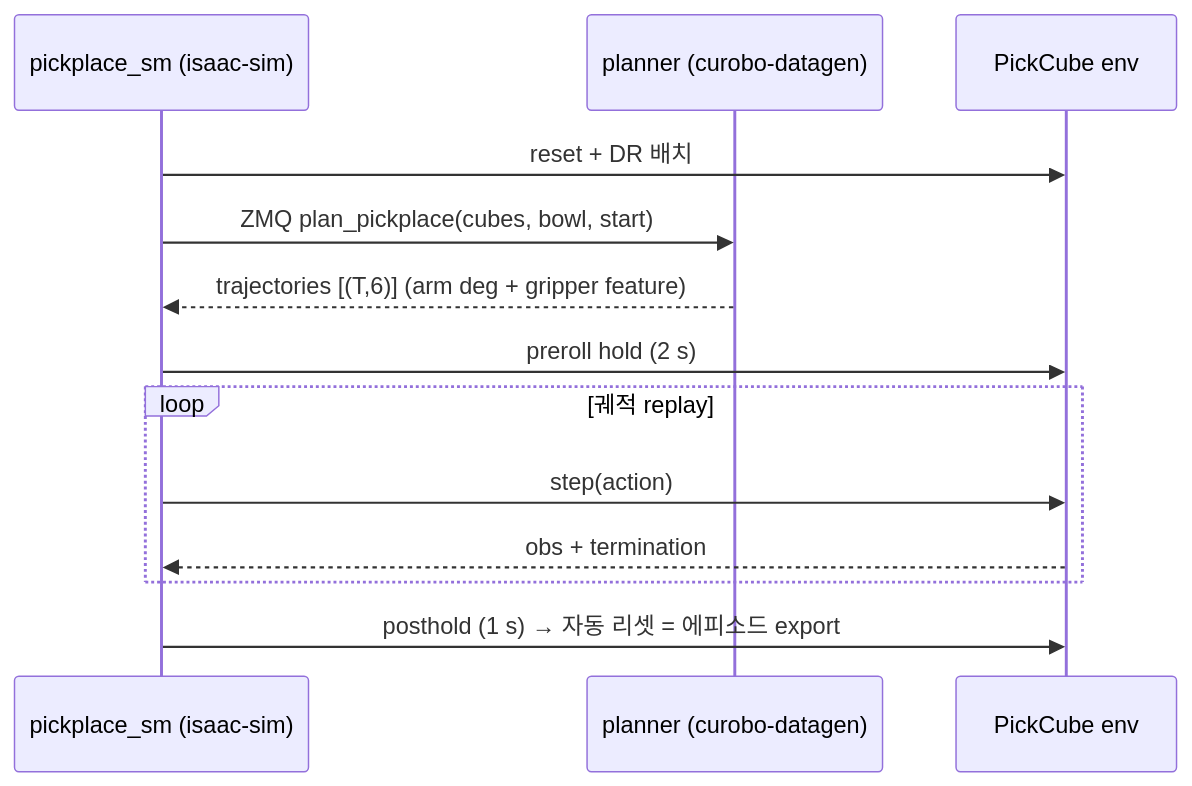
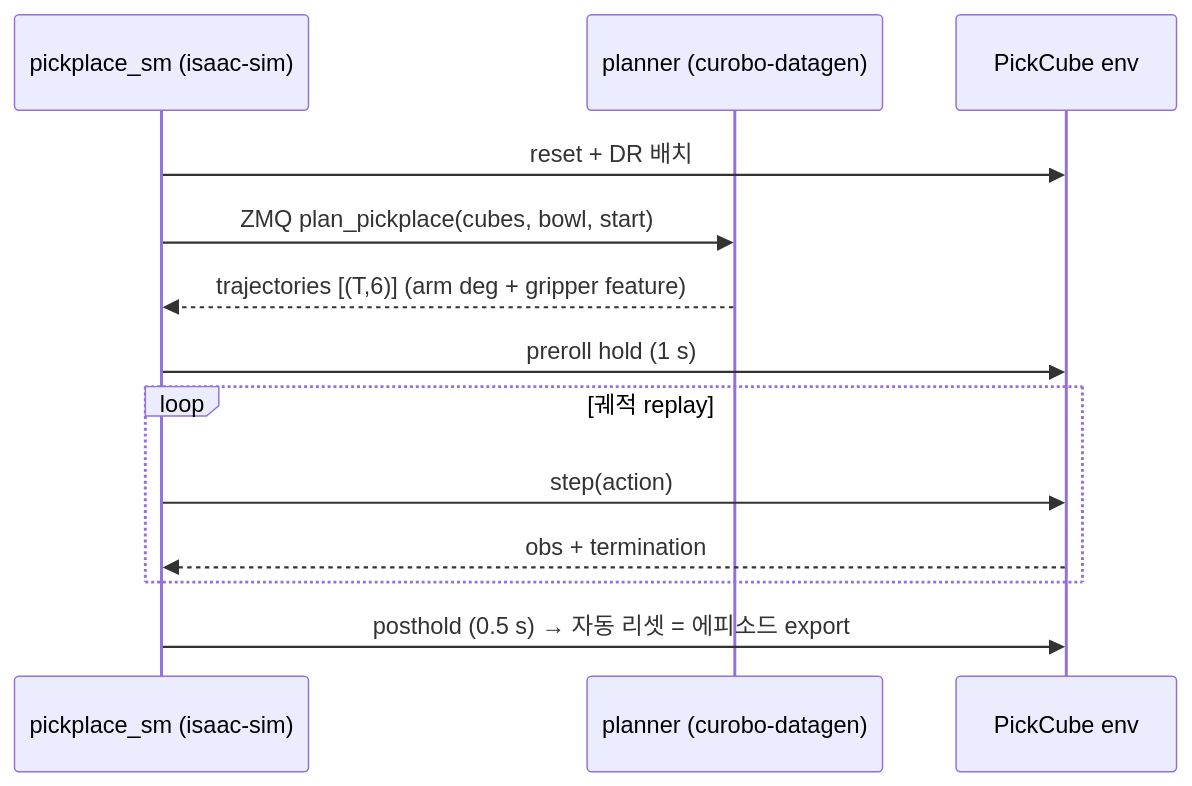
The second of 4 diagrams in docs/spec/01_OVERVIEW.md (PubCyBerry/SO101-Sim2Real), drawn with Mermaid before and after one commit. The commit also changed 4 other files, not shown here.

Commit message:
feat: 에피소드 녹화시 preroll 2s → 1s, posthold 1s→0.5s로 조정

````diff
--- a/docs/spec/01_OVERVIEW.md
+++ b/docs/spec/01_OVERVIEW.md
@@ -107,15 +107,15 @@
 ```mermaid
 sequenceDiagram
     participant SM as pickplace_sm (isaac-sim)
     participant PL as planner (curobo-datagen)
     participant EN as PickCube env
     SM->>EN: reset + DR 배치
     SM->>PL: ZMQ plan_pickplace(cubes, bowl, start)
     PL-->>SM: trajectories [(T,6)] (arm deg + gripper feature)
-    SM->>EN: preroll hold (2 s)
+    SM->>EN: preroll hold (1 s)
     loop 궤적 replay
         SM->>EN: step(action)
         EN-->>SM: obs + termination
     end
-    SM->>EN: posthold (1 s) → 자동 리셋 = 에피소드 export
+    SM->>EN: posthold (0.5 s) → 자동 리셋 = 에피소드 export
 ```
````
